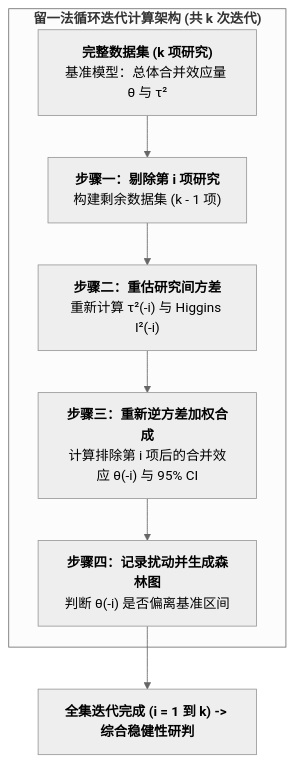
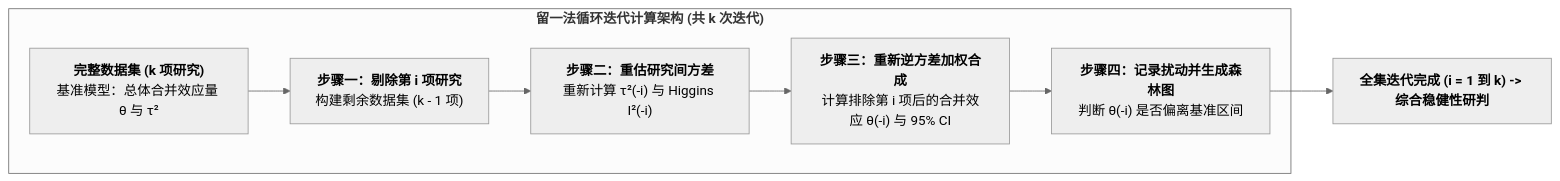
Before and after one commit to likemie/vault-notes: the diagram in wiki/methods/quantitative/Leave-One-Out Sensitivity Analysis.md, drawn with Mermaid (neutral theme). The commit also changed 76 other files, not shown here.

````diff
--- a/wiki/methods/quantitative/Leave-One-Out Sensitivity Analysis.md
+++ b/wiki/methods/quantitative/Leave-One-Out Sensitivity Analysis.md
@@ -96,10 +96,10 @@
 ```mermaid
-flowchart TD
+flowchart LR
     subgraph Iteration["<b>留一法循环迭代计算架构 (共 k 次迭代)</b>"]
         A["<b>完整数据集 (k 项研究)</b><br>基准模型：总体合并效应量 θ 与 τ²"] --> B["<b>步骤一：剔除第 i 项研究</b><br>构建剩余数据集 (k - 1 项)"]
         B --> C["<b>步骤二：重估研究间方差</b><br>重新计算 τ²(-i) 与 Higgins I²(-i)"]
         C --> D["<b>步骤三：重新逆方差加权合成</b><br>计算排除第 i 项后的合并效应 θ(-i) 与 95% CI"]
         D --> E["<b>步骤四：记录扰动并生成森林图</b><br>判断 θ(-i) 是否偏离基准区间"]
     end
     E --> F["<b>全集迭代完成 (i = 1 到 k) -> 综合稳健性研判</b>"]
 ```
````
